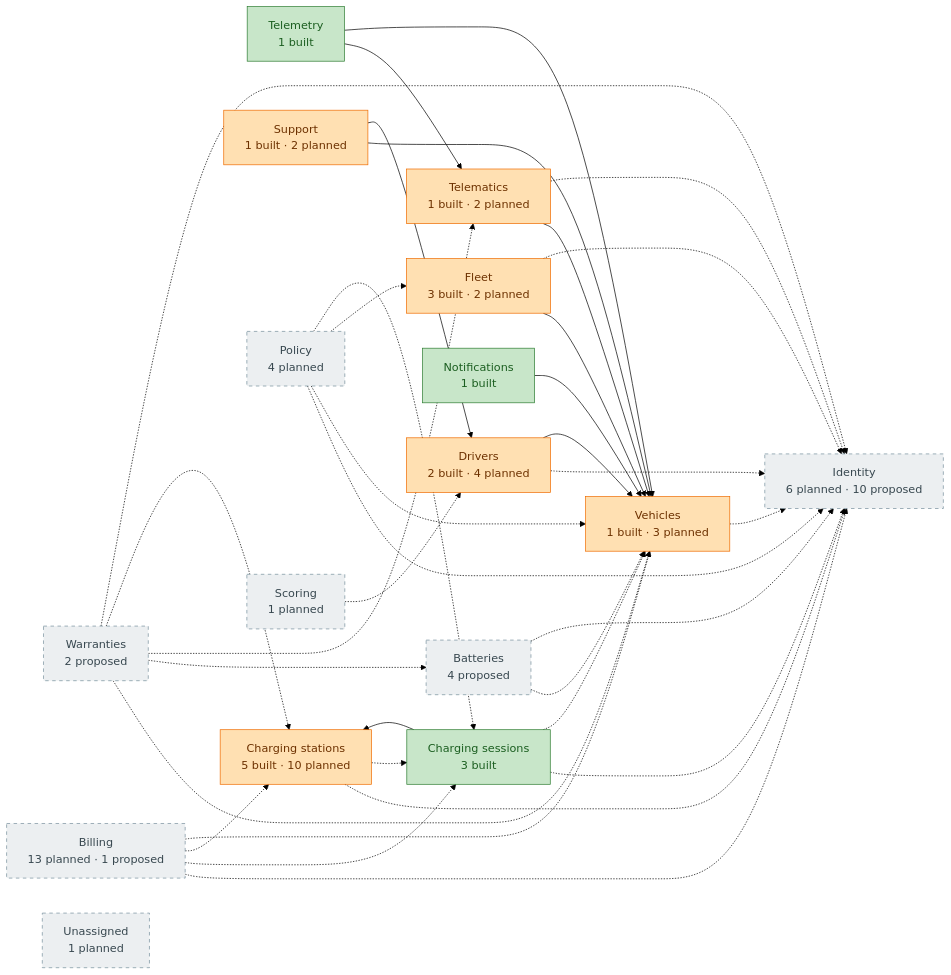
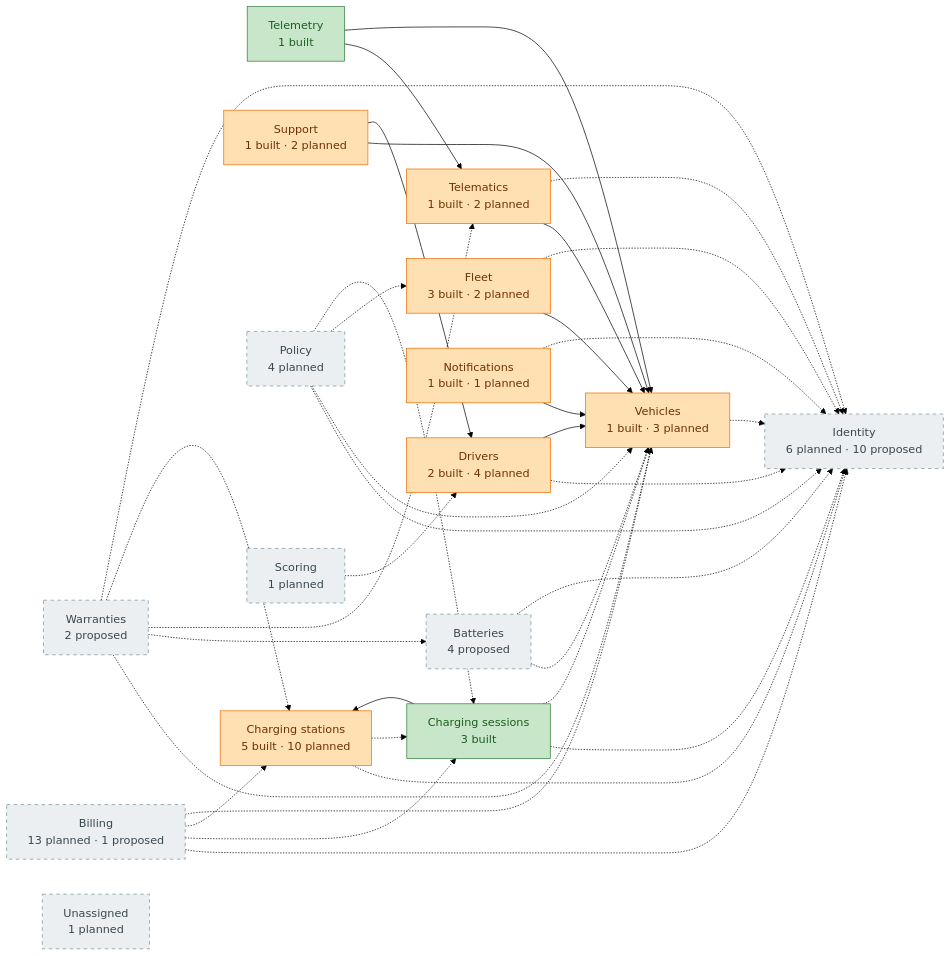
Before and after one commit to yolo-coccoc/G3Network-app: the diagram in docs/design/domain-model/overview.md, drawn with Mermaid (forest theme). The commit also changed other lines of this file and 15 other files, not shown here.

````diff
--- a/docs/design/domain-model/overview.md
+++ b/docs/design/domain-model/overview.md
@@ -28,55 +28,56 @@
 ```mermaid
 flowchart LR
   identity["Identity<br/>6 planned · 10 proposed"]:::planned
   vehicles["Vehicles<br/>1 built · 3 planned"]:::partial
   batteries["Batteries<br/>4 proposed"]:::planned
   warranties["Warranties<br/>2 proposed"]:::planned
   telematics["Telematics<br/>1 built · 2 planned"]:::partial
   telemetry["Telemetry<br/>1 built"]:::built
   drivers["Drivers<br/>2 built · 4 planned"]:::partial
   fleet["Fleet<br/>3 built · 2 planned"]:::partial
   charging_stations["Charging stations<br/>5 built · 10 planned"]:::partial
   charging_sessions["Charging sessions<br/>3 built"]:::built
-  notifications["Notifications<br/>1 built"]:::built
+  notifications["Notifications<br/>1 built · 1 planned"]:::partial
   support["Support<br/>1 built · 2 planned"]:::partial
   policy["Policy<br/>4 planned"]:::planned
   billing["Billing<br/>13 planned · 1 proposed"]:::planned
   scoring["Scoring<br/>1 planned"]:::planned
   unassigned["Unassigned<br/>1 planned"]:::planned
   batteries -.-> vehicles
   warranties -.-> vehicles
   warranties -.-> batteries
   warranties -.-> telematics
   warranties -.-> charging_stations
   telematics --> vehicles
   telemetry --> telematics
   telemetry --> vehicles
   drivers -.-> identity
   drivers --> vehicles
   fleet --> vehicles
   fleet -.-> identity
   charging_stations -.-> identity
   charging_stations -.-> charging_sessions
   charging_sessions --> charging_stations
   charging_sessions -.-> identity
   charging_sessions -.-> vehicles
   notifications --> vehicles
+  notifications -.-> identity
   support --> vehicles
   support --> drivers
   policy -.-> identity
   policy -.-> vehicles
   policy -.-> fleet
   policy -.-> charging_sessions
   billing -.-> identity
   billing -.-> charging_sessions
   billing -.-> charging_stations
   billing -.-> vehicles
   scoring -.-> drivers
   vehicles -.-> identity
   batteries -.-> identity
   warranties -.-> identity
   telematics -.-> identity
   classDef built fill:#C8E6C9,stroke:#2E7D32,color:#1B5E20
   classDef partial fill:#FFE0B2,stroke:#EF6C00,color:#6D3100
   classDef planned fill:#ECEFF1,stroke:#78909C,color:#37474F,stroke-dasharray:5 5
 ```
````
